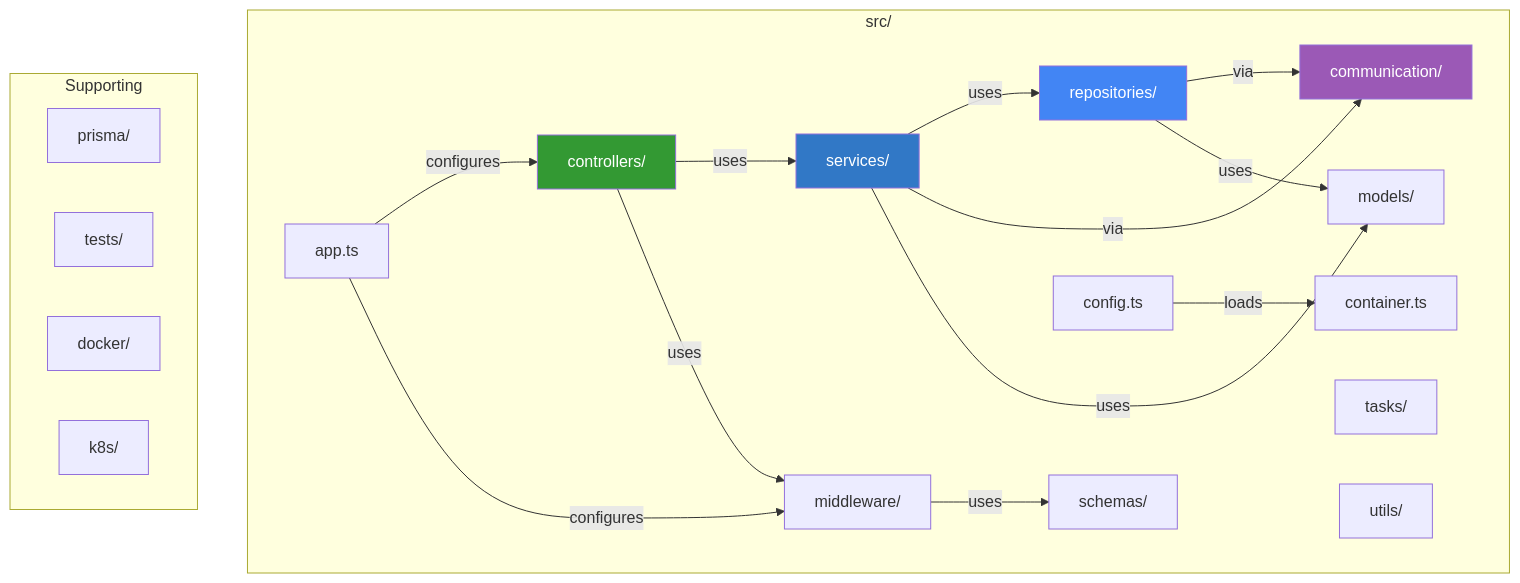
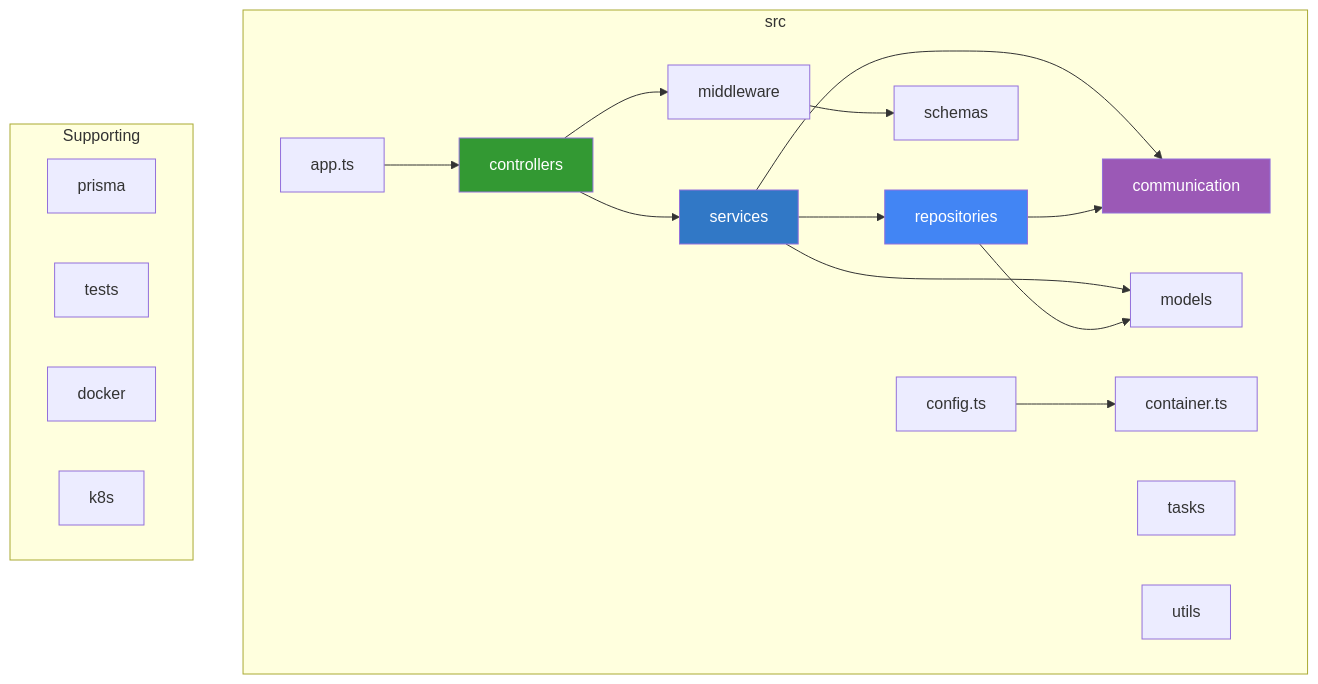
Before and after one commit to jrjohn/arcana-cloud-nodejs: the tenth of 13 diagrams in README.md, drawn with Mermaid. The commit also changed other lines of this file, not shown here.

````diff
--- a/README.md
+++ b/README.md
@@ -339,38 +347,40 @@
 ```mermaid
 graph TB
-    subgraph "src/"
-        CTRL[controllers/]
-        SVC[services/]
-        REPO[repositories/]
-        COMM[communication/]
-        MW[middleware/]
-        MODELS[models/]
-        SCHEMAS[schemas/]
-        TASKS[tasks/]
-        UTILS[utils/]
+    subgraph src
+        CTRL[controllers]
+        SVC[services]
+        REPO[repositories]
+        COMM[communication]
+        MW[middleware]
+        MODELS[models]
+        SCHEMAS[schemas]
+        TASKS[tasks]
+        UTILS[utils]
         CONFIG[config.ts]
         CONTAINER[container.ts]
         APP[app.ts]
     end
 
-    subgraph "Supporting"
-        PRISMA[prisma/]
-        TESTS[tests/]
-        DOCKER[docker/]
-        K8S[k8s/]
+    subgraph Supporting
+        PRISMA[prisma]
+        TESTS[tests]
+        DOCKER[docker]
+        K8S[k8s]
     end
 
-    CTRL -->|uses| SVC
-    SVC -->|uses| REPO
-    SVC & REPO -->|via| COMM
-    CTRL -->|uses| MW
-    MW -->|uses| SCHEMAS
-    SVC & REPO -->|uses| MODELS
-    APP -->|configures| CTRL & MW
-    CONFIG -->|loads| CONTAINER
+    CTRL --> SVC
+    SVC --> REPO
+    SVC --> COMM
+    REPO --> COMM
+    CTRL --> MW
+    MW --> SCHEMAS
+    SVC --> MODELS
+    REPO --> MODELS
+    APP --> CTRL
+    CONFIG --> CONTAINER
 
     style CTRL fill:#339933,color:#fff
     style SVC fill:#3178C6,color:#fff
     style REPO fill:#4285F4,color:#fff
     style COMM fill:#9B59B6,color:#fff
 ```
````
